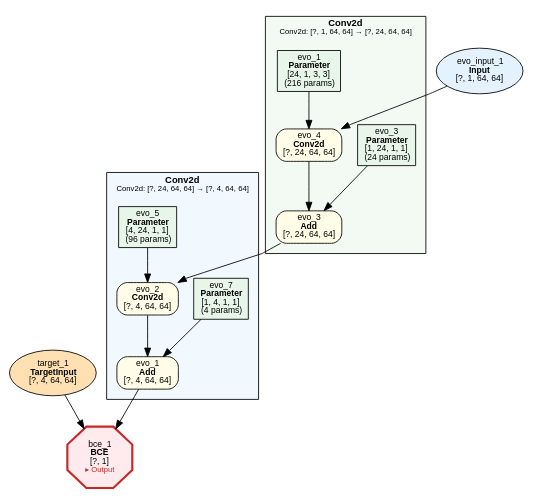
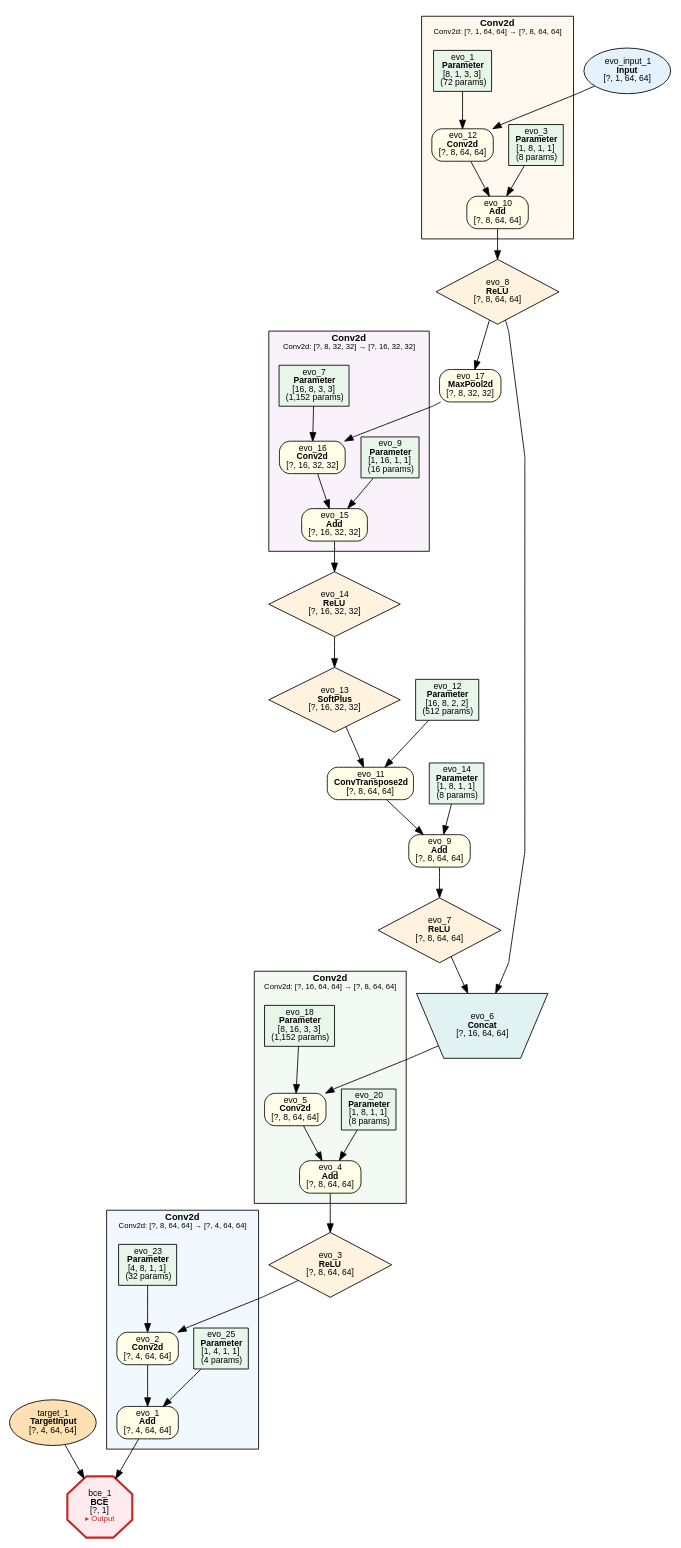
The diagram in examples/evolution/overlapping_shapes_unet_lite_segmentation/evolution_overlapping_shapes_unet_lite_segmentation.dot (dbsxdbsx/only_torch), drawn with Graphviz before and after one commit. The commit also changed 14 other files, not shown here.

```diff
--- a/examples/evolution/overlapping_shapes_unet_lite_segmentation/evolution_overlapping_shapes_unet_lite_segmentation.dot
+++ b/examples/evolution/overlapping_shapes_unet_lite_segmentation/evolution_overlapping_shapes_unet_lite_segmentation.dot
@@ -1,48 +1,105 @@
 digraph ComputeGraph {
     rankdir=TB;
     newrank=true;
     splines=polyline;
     node [fontname="Microsoft YaHei,SimHei,Arial"];
     edge [fontname="Microsoft YaHei,SimHei,Arial"];
 
-    subgraph cluster_group_conv2d_1 {
-        label=<<B>Conv2d</B><BR/><FONT POINT-SIZE="9">Conv2d: [?, 24, 64, 64] → [?, 4, 64, 64]</FONT>>;
+    subgraph cluster_group_conv2d_4 {
+        label=<<B>Conv2d</B><BR/><FONT POINT-SIZE="9">Conv2d: [?, 8, 64, 64] → [?, 4, 64, 64]</FONT>>;
         style=filled;
         fillcolor="#E3F2FD80";
         fontname="Microsoft YaHei,SimHei,Arial";
         fontsize=11;
         margin=12;
             "2" [label=<evo_1<BR/><B>Add</B><BR/>[?, 4, 64, 64]> shape=box style="filled,rounded" fillcolor="#FFFDE7" fontsize=10];
             "4" [label=<evo_2<BR/><B>Conv2d</B><BR/>[?, 4, 64, 64]> shape=box style="filled,rounded" fillcolor="#FFFDE7" fontsize=10];
-            "5" [label=<evo_7<BR/><B>Parameter</B><BR/>[1, 4, 1, 1]<BR/>(4 params)> shape=box style=filled fillcolor="#E8F5E9" fontsize=10];
-            "7" [label=<evo_5<BR/><B>Parameter</B><BR/>[4, 24, 1, 1]<BR/>(96 params)> shape=box style=filled fillcolor="#E8F5E9" fontsize=10];
+            "5" [label=<evo_25<BR/><B>Parameter</B><BR/>[1, 4, 1, 1]<BR/>(4 params)> shape=box style=filled fillcolor="#E8F5E9" fontsize=10];
+            "7" [label=<evo_23<BR/><B>Parameter</B><BR/>[4, 8, 1, 1]<BR/>(32 params)> shape=box style=filled fillcolor="#E8F5E9" fontsize=10];
     }
 
-    subgraph cluster_group_conv2d_0 {
-        label=<<B>Conv2d</B><BR/><FONT POINT-SIZE="9">Conv2d: [?, 1, 64, 64] → [?, 24, 64, 64]</FONT>>;
+    subgraph cluster_group_conv2d_3 {
+        label=<<B>Conv2d</B><BR/><FONT POINT-SIZE="9">Conv2d: [?, 16, 64, 64] → [?, 8, 64, 64]</FONT>>;
         style=filled;
         fillcolor="#E8F5E980";
         fontname="Microsoft YaHei,SimHei,Arial";
         fontsize=11;
         margin=12;
-            "6" [label=<evo_3<BR/><B>Add</B><BR/>[?, 24, 64, 64]> shape=box style="filled,rounded" fillcolor="#FFFDE7" fontsize=10];
-            "8" [label=<evo_4<BR/><B>Conv2d</B><BR/>[?, 24, 64, 64]> shape=box style="filled,rounded" fillcolor="#FFFDE7" fontsize=10];
-            "9" [label=<evo_3<BR/><B>Parameter</B><BR/>[1, 24, 1, 1]<BR/>(24 params)> shape=box style=filled fillcolor="#E8F5E9" fontsize=10];
-            "11" [label=<evo_1<BR/><B>Parameter</B><BR/>[24, 1, 3, 3]<BR/>(216 params)> shape=box style=filled fillcolor="#E8F5E9" fontsize=10];
+            "8" [label=<evo_4<BR/><B>Add</B><BR/>[?, 8, 64, 64]> shape=box style="filled,rounded" fillcolor="#FFFDE7" fontsize=10];
+            "9" [label=<evo_5<BR/><B>Conv2d</B><BR/>[?, 8, 64, 64]> shape=box style="filled,rounded" fillcolor="#FFFDE7" fontsize=10];
+            "10" [label=<evo_20<BR/><B>Parameter</B><BR/>[1, 8, 1, 1]<BR/>(8 params)> shape=box style=filled fillcolor="#E8F5E9" fontsize=10];
+            "12" [label=<evo_18<BR/><B>Parameter</B><BR/>[8, 16, 3, 3]<BR/>(1,152 params)> shape=box style=filled fillcolor="#E8F5E9" fontsize=10];
+    }
+
+    subgraph cluster_group_conv2d_0 {
+        label=<<B>Conv2d</B><BR/><FONT POINT-SIZE="9">Conv2d: [?, 1, 64, 64] → [?, 8, 64, 64]</FONT>>;
+        style=filled;
+        fillcolor="#FFF3E080";
+        fontname="Microsoft YaHei,SimHei,Arial";
+        fontsize=11;
+        margin=12;
+            "16" [label=<evo_10<BR/><B>Add</B><BR/>[?, 8, 64, 64]> shape=box style="filled,rounded" fillcolor="#FFFDE7" fontsize=10];
+            "19" [label=<evo_12<BR/><B>Conv2d</B><BR/>[?, 8, 64, 64]> shape=box style="filled,rounded" fillcolor="#FFFDE7" fontsize=10];
+            "20" [label=<evo_3<BR/><B>Parameter</B><BR/>[1, 8, 1, 1]<BR/>(8 params)> shape=box style=filled fillcolor="#E8F5E9" fontsize=10];
+            "24" [label=<evo_1<BR/><B>Parameter</B><BR/>[8, 1, 3, 3]<BR/>(72 params)> shape=box style=filled fillcolor="#E8F5E9" fontsize=10];
+    }
+
+    subgraph cluster_group_conv2d_1 {
+        label=<<B>Conv2d</B><BR/><FONT POINT-SIZE="9">Conv2d: [?, 8, 32, 32] → [?, 16, 32, 32]</FONT>>;
+        style=filled;
+        fillcolor="#F3E5F580";
+        fontname="Microsoft YaHei,SimHei,Arial";
+        fontsize=11;
+        margin=12;
+            "26" [label=<evo_15<BR/><B>Add</B><BR/>[?, 16, 32, 32]> shape=box style="filled,rounded" fillcolor="#FFFDE7" fontsize=10];
+            "27" [label=<evo_16<BR/><B>Conv2d</B><BR/>[?, 16, 32, 32]> shape=box style="filled,rounded" fillcolor="#FFFDE7" fontsize=10];
+            "28" [label=<evo_9<BR/><B>Parameter</B><BR/>[1, 16, 1, 1]<BR/>(16 params)> shape=box style=filled fillcolor="#E8F5E9" fontsize=10];
+            "30" [label=<evo_7<BR/><B>Parameter</B><BR/>[16, 8, 3, 3]<BR/>(1,152 params)> shape=box style=filled fillcolor="#E8F5E9" fontsize=10];
     }
 
     "1" [label=<bce_1<BR/><B>BCE</B><BR/>[?, 1]<BR/><FONT COLOR="#C62828" POINT-SIZE="9">▸ Output</FONT>> shape=octagon style=filled fillcolor="#FFEBEE" fontsize=10 penwidth=2.5 color="#C62828"];
     "3" [label=<target_1<BR/><B>TargetInput</B><BR/>[?, 4, 64, 64]> shape=ellipse style=filled fillcolor="#FFE0B2" fontsize=10];
-    "10" [label=<evo_input_1<BR/><B>Input</B><BR/>[?, 1, 64, 64]> shape=ellipse style=filled fillcolor="#E3F2FD" fontsize=10];
+    "6" [label=<evo_3<BR/><B>ReLU</B><BR/>[?, 8, 64, 64]> shape=diamond style=filled fillcolor="#FFF3E0" fontsize=10];
+    "11" [label=<evo_6<BR/><B>Concat</B><BR/>[?, 16, 64, 64]> shape=invtrapezium style=filled fillcolor="#E0F2F1" fontsize=10];
+    "13" [label=<evo_7<BR/><B>ReLU</B><BR/>[?, 8, 64, 64]> shape=diamond style=filled fillcolor="#FFF3E0" fontsize=10];
+    "14" [label=<evo_8<BR/><B>ReLU</B><BR/>[?, 8, 64, 64]> shape=diamond style=filled fillcolor="#FFF3E0" fontsize=10];
+    "15" [label=<evo_9<BR/><B>Add</B><BR/>[?, 8, 64, 64]> shape=box style="filled,rounded" fillcolor="#FFFDE7" fontsize=10];
+    "17" [label=<evo_11<BR/><B>ConvTranspose2d</B><BR/>[?, 8, 64, 64]> shape=box style="filled,rounded" fillcolor="#FFFDE7" fontsize=10];
+    "18" [label=<evo_14<BR/><B>Parameter</B><BR/>[1, 8, 1, 1]<BR/>(8 params)> shape=box style=filled fillcolor="#E8F5E9" fontsize=10];
+    "21" [label=<evo_13<BR/><B>SoftPlus</B><BR/>[?, 16, 32, 32]> shape=diamond style=filled fillcolor="#FFF3E0" fontsize=10];
+    "22" [label=<evo_12<BR/><B>Parameter</B><BR/>[16, 8, 2, 2]<BR/>(512 params)> shape=box style=filled fillcolor="#E8F5E9" fontsize=10];
+    "23" [label=<evo_input_1<BR/><B>Input</B><BR/>[?, 1, 64, 64]> shape=ellipse style=filled fillcolor="#E3F2FD" fontsize=10];
+    "25" [label=<evo_14<BR/><B>ReLU</B><BR/>[?, 16, 32, 32]> shape=diamond style=filled fillcolor="#FFF3E0" fontsize=10];
+    "29" [label=<evo_17<BR/><B>MaxPool2d</B><BR/>[?, 8, 32, 32]> shape=box style="filled,rounded" fillcolor="#FFFDE7" fontsize=10];
 
     "2" -> "1";
     "3" -> "1";
     "4" -> "2";
     "5" -> "2";
     "6" -> "4";
     "7" -> "4";
     "8" -> "6";
-    "9" -> "6";
+    "9" -> "8";
     "10" -> "8";
-    "11" -> "8";
+    "11" -> "9";
+    "12" -> "9";
+    "13" -> "11";
+    "14" -> "11";
+    "15" -> "13";
+    "16" -> "14";
+    "17" -> "15";
+    "18" -> "15";
+    "19" -> "16";
+    "20" -> "16";
+    "21" -> "17";
+    "22" -> "17";
+    "23" -> "19";
+    "24" -> "19";
+    "25" -> "21";
+    "26" -> "25";
+    "27" -> "26";
+    "28" -> "26";
+    "29" -> "27";
+    "30" -> "27";
+    "14" -> "29";
 }
```
